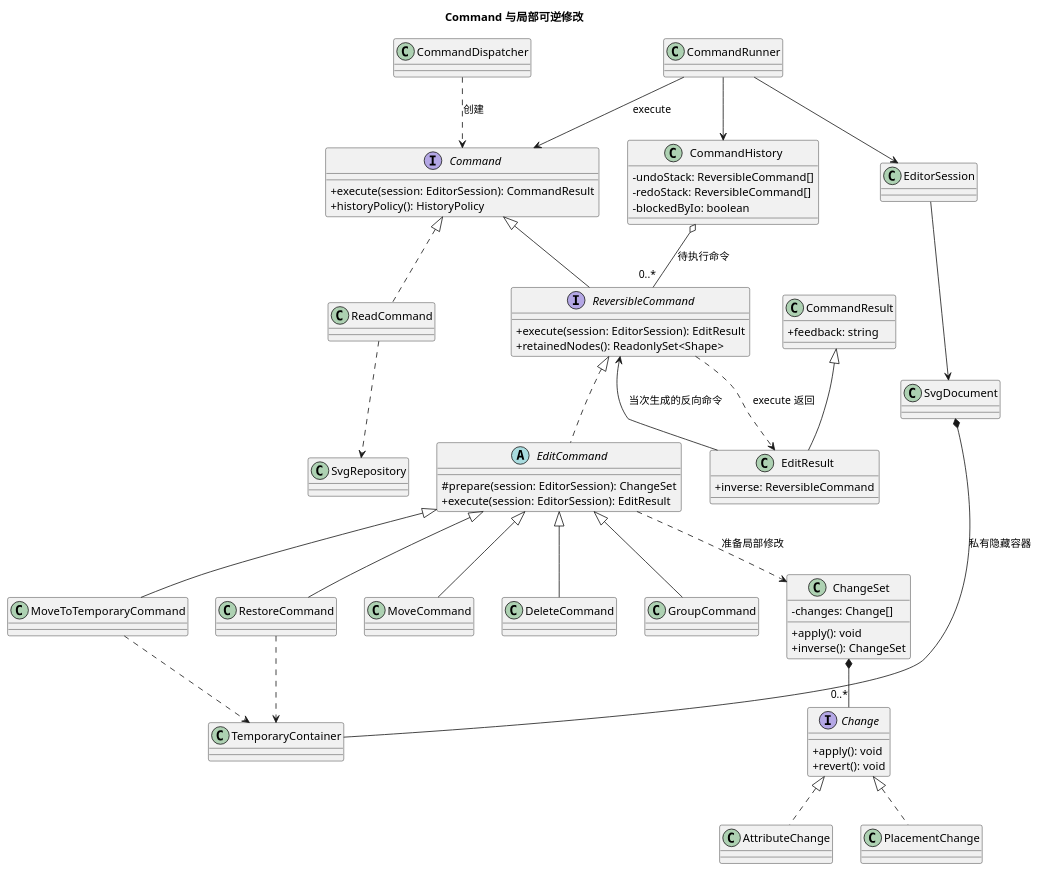
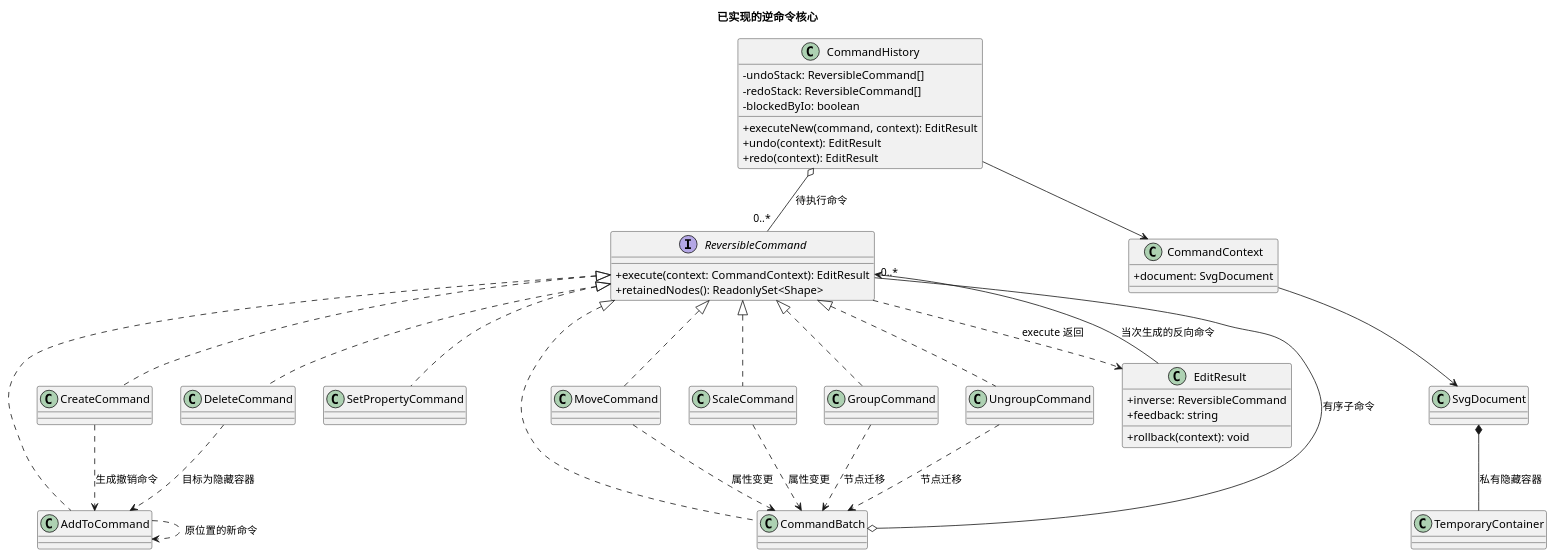
One commit to x-J-beta/svg-cli-command-core changed the second of 3 diagrams in doc/README.md. Above: the diagram before and after it, drawn with PlantUML. The commit also changed other lines of this file and 5 other files, not shown here.

Commit message:
docs: document architecture and add flowchart examples

````diff
--- a/doc/README.md
+++ b/doc/README.md
@@ -97,71 +103,50 @@
 ```plantuml
 @startuml
-title Command 与局部可逆修改
+title 已实现的逆命令核心
 skinparam classAttributeIconSize 0
 
-interface Command {
-  +execute(session: EditorSession): CommandResult
-  +historyPolicy(): HistoryPolicy
-}
 interface ReversibleCommand {
-  +execute(session: EditorSession): EditResult
+  +execute(context: CommandContext): EditResult
   +retainedNodes(): ReadonlySet<Shape>
 }
-Command <|-- ReversibleCommand
-abstract class EditCommand {
-  #prepare(session: EditorSession): ChangeSet
-  +execute(session: EditorSession): EditResult
-}
-ReversibleCommand <|.. EditCommand
-EditCommand <|-- MoveCommand
-EditCommand <|-- DeleteCommand
-EditCommand <|-- GroupCommand
-EditCommand <|-- RestoreCommand
-EditCommand <|-- MoveToTemporaryCommand
-Command <|.. ReadCommand
+ReversibleCommand <|.. AddToCommand
+ReversibleCommand <|.. CreateCommand
+ReversibleCommand <|.. DeleteCommand
+ReversibleCommand <|.. SetPropertyCommand
+ReversibleCommand <|.. CommandBatch
+ReversibleCommand <|.. MoveCommand
+ReversibleCommand <|.. ScaleCommand
+ReversibleCommand <|.. GroupCommand
+ReversibleCommand <|.. UngroupCommand
 class EditResult {
   +inverse: ReversibleCommand
+  +feedback: string
+  +rollback(context): void
 }
-class CommandResult {
-  +feedback: string
+class CommandContext {
+  +document: SvgDocument
 }
-CommandResult <|-- EditResult
-
-class CommandDispatcher
-class CommandRunner
-class EditorSession
 class CommandHistory {
   -undoStack: ReversibleCommand[]
   -redoStack: ReversibleCommand[]
   -blockedByIo: boolean
+  +executeNew(command, context): EditResult
+  +undo(context): EditResult
+  +redo(context): EditResult
 }
-class ChangeSet {
-  -changes: Change[]
-  +apply(): void
-  +inverse(): ChangeSet
-}
-interface Change {
-  +apply(): void
-  +revert(): void
-}
-class AttributeChange
-class PlacementChange
-
-Change <|.. AttributeChange
-Change <|.. PlacementChange
-ChangeSet *-- "0..*" Change
-EditCommand ..> ChangeSet : 准备局部修改
 EditResult --> ReversibleCommand : 当次生成的反向命令
 ReversibleCommand ..> EditResult : execute 返回
-CommandDispatcher ..> Command : 创建
-CommandRunner --> Command : execute
-CommandRunner --> CommandHistory
-CommandRunner --> EditorSession
 CommandHistory o-- "0..*" ReversibleCommand : 待执行命令
-EditorSession --> SvgDocument
+CommandHistory --> CommandContext
+CommandContext --> SvgDocument
 SvgDocument *-- TemporaryContainer : 私有隐藏容器
-MoveToTemporaryCommand ..> TemporaryContainer
-RestoreCommand ..> TemporaryContainer
-ReadCommand ..> SvgRepository
+DeleteCommand ..> AddToCommand : 目标为隐藏容器
+CreateCommand ..> AddToCommand : 生成撤销命令
+AddToCommand ..> AddToCommand : 原位置的新命令
+CommandBatch o-- "0..*" ReversibleCommand : 有序子命令
+MoveCommand ..> CommandBatch : 属性变更
+ScaleCommand ..> CommandBatch : 属性变更
+GroupCommand ..> CommandBatch : 节点迁移
+UngroupCommand ..> CommandBatch : 节点迁移
 @enduml
 ```
````
